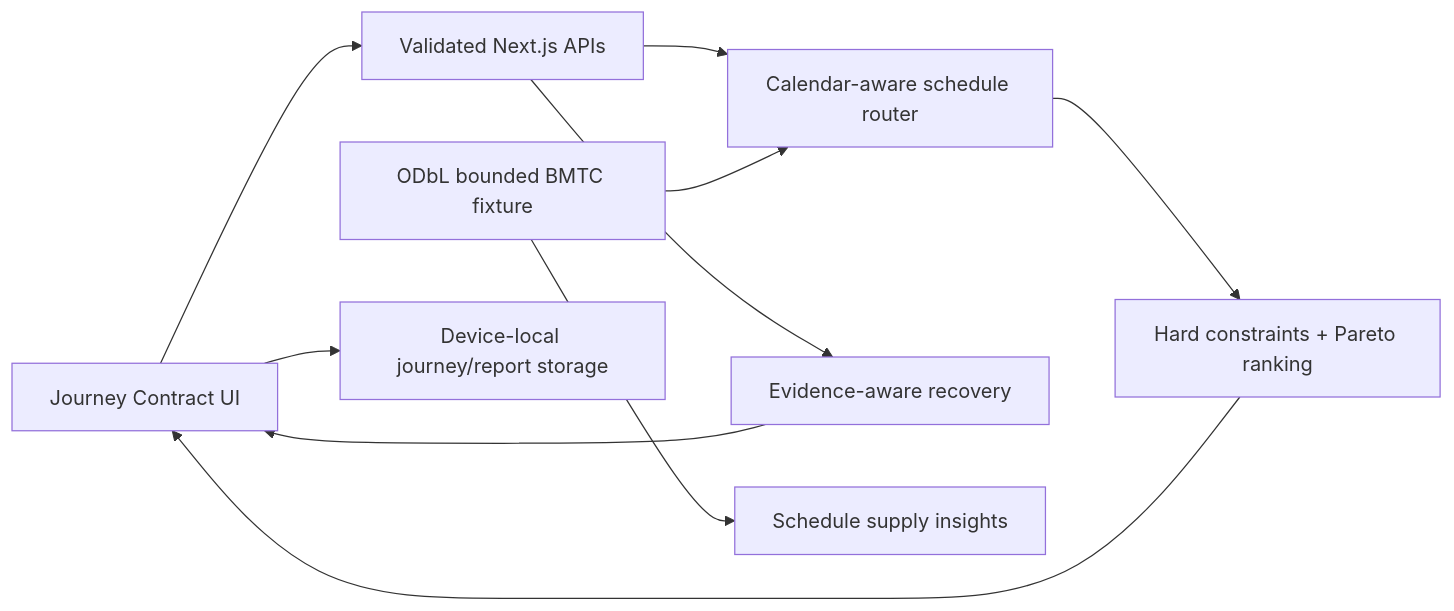
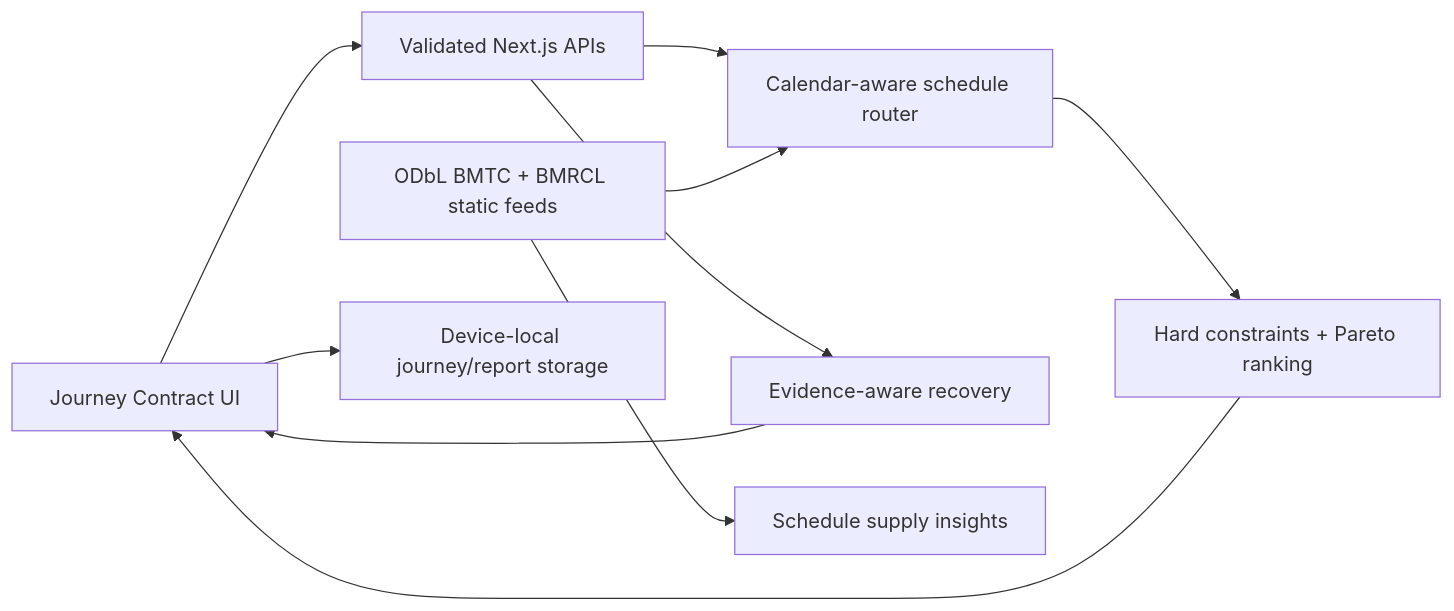
Before and after one commit to DSGAMING98/NammaLink: the diagram in README.md, drawn with Mermaid. The commit also changed other lines of this file and 38 other files, not shown here.

````diff
--- a/README.md
+++ b/README.md
@@ -72,12 +73,12 @@
 ```mermaid
 flowchart LR
     UI["Journey Contract UI"] --> API["Validated Next.js APIs"]
     API --> ROUTER["Calendar-aware schedule router"]
-    DATA["ODbL bounded BMTC fixture"] --> ROUTER
+    DATA["ODbL BMTC + BMRCL static feeds"] --> ROUTER
     ROUTER --> RANK["Hard constraints + Pareto ranking"]
     RANK --> UI
     API --> RECOVERY["Evidence-aware recovery"]
     RECOVERY --> UI
     DATA --> INSIGHTS["Schedule supply insights"]
     UI --> LOCAL["Device-local journey/report storage"]
 ```
````
